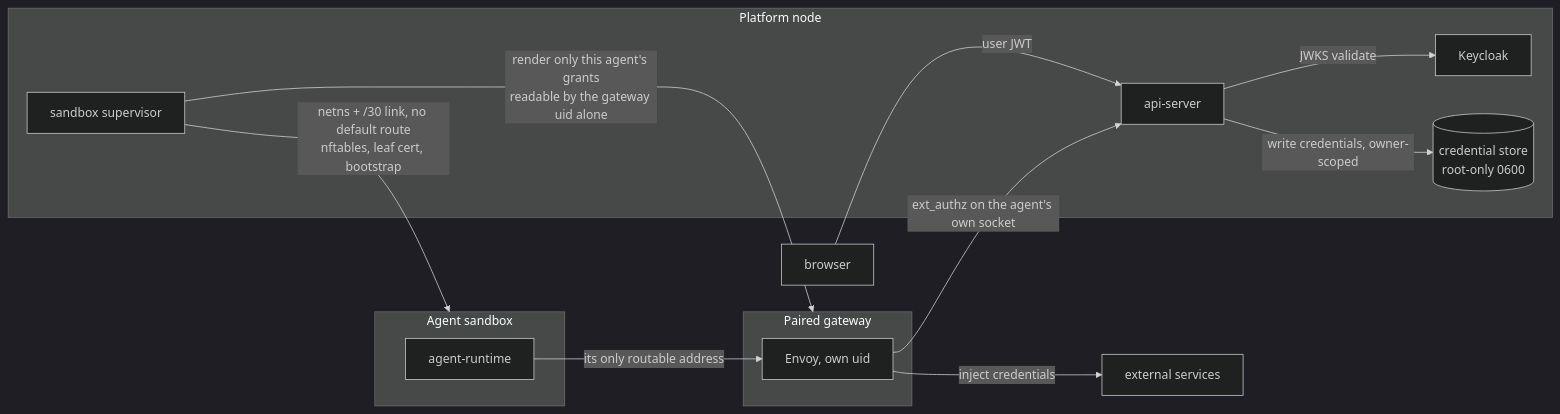
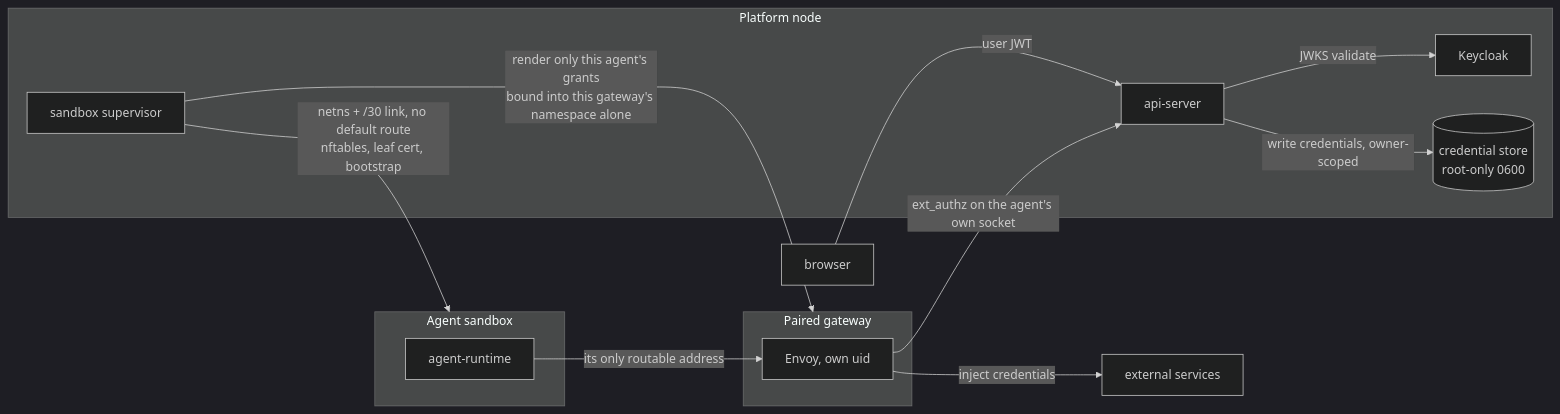
Before and after one commit to dam-agents/dam: the diagram in docs/architecture/security-and-credentials.md, drawn with Mermaid (dark theme). The commit also changed other lines of this file and 18 other files, not shown here.

````diff
--- a/docs/architecture/security-and-credentials.md
+++ b/docs/architecture/security-and-credentials.md
@@ -34,32 +37,32 @@
 ```mermaid
 flowchart LR
   browser[browser]
 
   subgraph platform[Platform node]
     api-server
     supervisor[sandbox supervisor]
     keycloak[Keycloak]
     store[(credential store<br/>root-only 0600)]
   end
 
   subgraph sandbox[Agent sandbox]
     agent-runtime
   end
 
   subgraph gw[Paired gateway]
     envoy[Envoy, own uid]
   end
 
   external[external services]
 
   browser -->|user JWT| api-server
   api-server -->|JWKS validate| keycloak
 
   api-server -->|write credentials, owner-scoped| store
-  supervisor -->|render only this agent's grants<br/>readable by the gateway uid alone| gw
+  supervisor -->|render only this agent's grants<br/>bound into this gateway's namespace alone| gw
   supervisor -->|netns + /30 link, no default route<br/>nftables, leaf cert, bootstrap| sandbox
 
   agent-runtime -->|its only routable address| envoy
   envoy -->|ext_authz on the agent's own socket| api-server
   envoy -->|inject credentials| external
 ```
````
